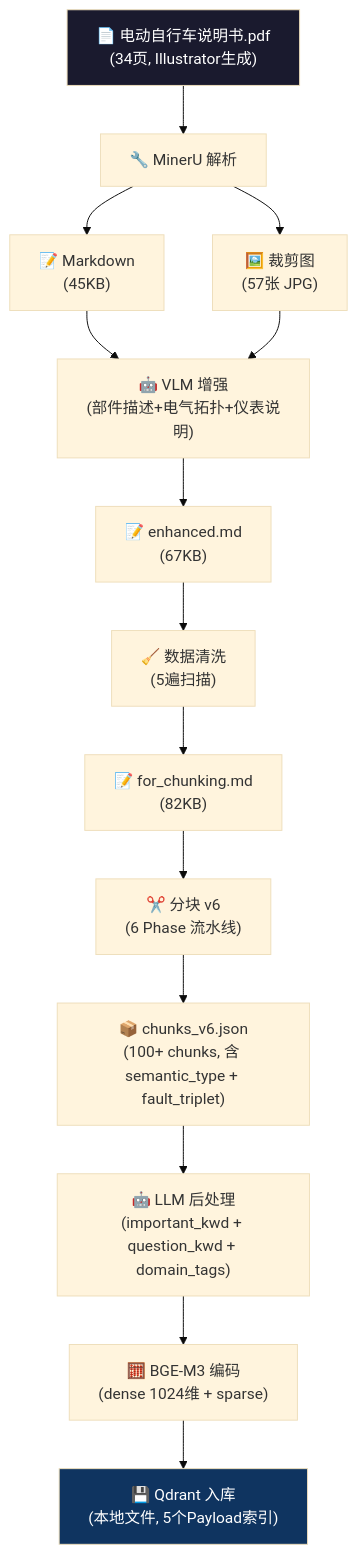
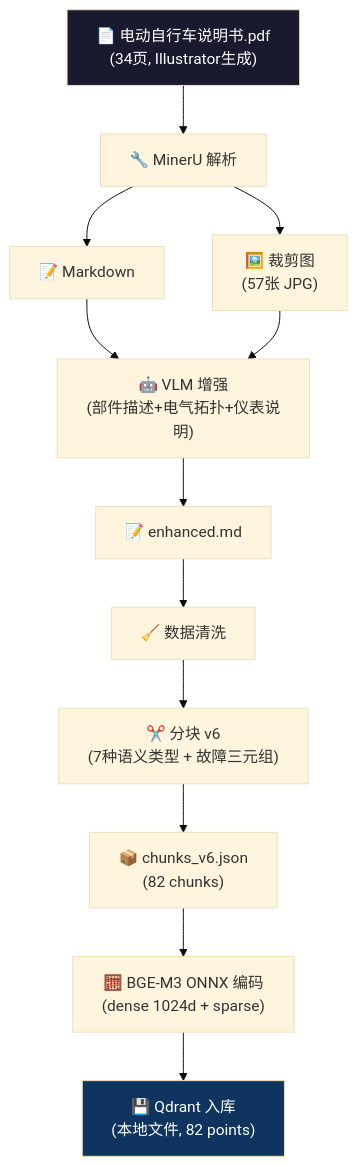
Before and after one commit to chaoyongmingyue/ebike-manual-rag: the first of 2 diagrams in README.md, drawn with Mermaid (base theme). The commit also changed other lines of this file and 10 other files, not shown here.

````diff
--- a/README.md
+++ b/README.md
@@ -7,20 +9,18 @@
 ```mermaid
 flowchart TD
     PDF["📄 电动自行车说明书.pdf\n(34页, Illustrator生成)"]
     PDF --> MINERU["🔧 MinerU 解析"]
-    MINERU --> MD["📝 Markdown\n(45KB)"]
+    MINERU --> MD["📝 Markdown"]
     MINERU --> IMG["🖼️ 裁剪图\n(57张 JPG)"]
     MD --> VLM["🤖 VLM 增强\n(部件描述+电气拓扑+仪表说明)"]
     IMG --> VLM
-    VLM --> ENHANCED["📝 enhanced.md\n(67KB)"]
-    ENHANCED --> CLEAN["🧹 数据清洗\n(5遍扫描)"]
-    CLEAN --> FOR_CHUNK["📝 for_chunking.md\n(82KB)"]
-    FOR_CHUNK --> CHUNK["✂️ 分块 v6\n(6 Phase 流水线)"]
-    CHUNK --> CHUNKS["📦 chunks_v6.json\n(100+ chunks, 含 semantic_type + fault_triplet)"]
-    CHUNKS --> LLM_POST["🤖 LLM 后处理\n(important_kwd + question_kwd + domain_tags)"]
-    LLM_POST --> EMBED["🧮 BGE-M3 编码\n(dense 1024维 + sparse)"]
-    EMBED --> QDRANT["💾 Qdrant 入库\n(本地文件, 5个Payload索引)"]
+    VLM --> ENHANCED["📝 enhanced.md"]
+    ENHANCED --> CLEAN["🧹 数据清洗"]
+    CLEAN --> CHUNK["✂️ 分块 v6\n(7种语义类型 + 故障三元组)"]
+    CHUNK --> CHUNKS["📦 chunks_v6.json\n(82 chunks)"]
+    CHUNKS --> EMBED["🧮 BGE-M3 ONNX 编码\n(dense 1024d + sparse)"]
+    EMBED --> QDRANT["💾 Qdrant 入库\n(本地文件, 82 points)"]
 
     style PDF fill:#1a1a2e,color:#fff
     style QDRANT fill:#0f3460,color:#fff
 ```
````
